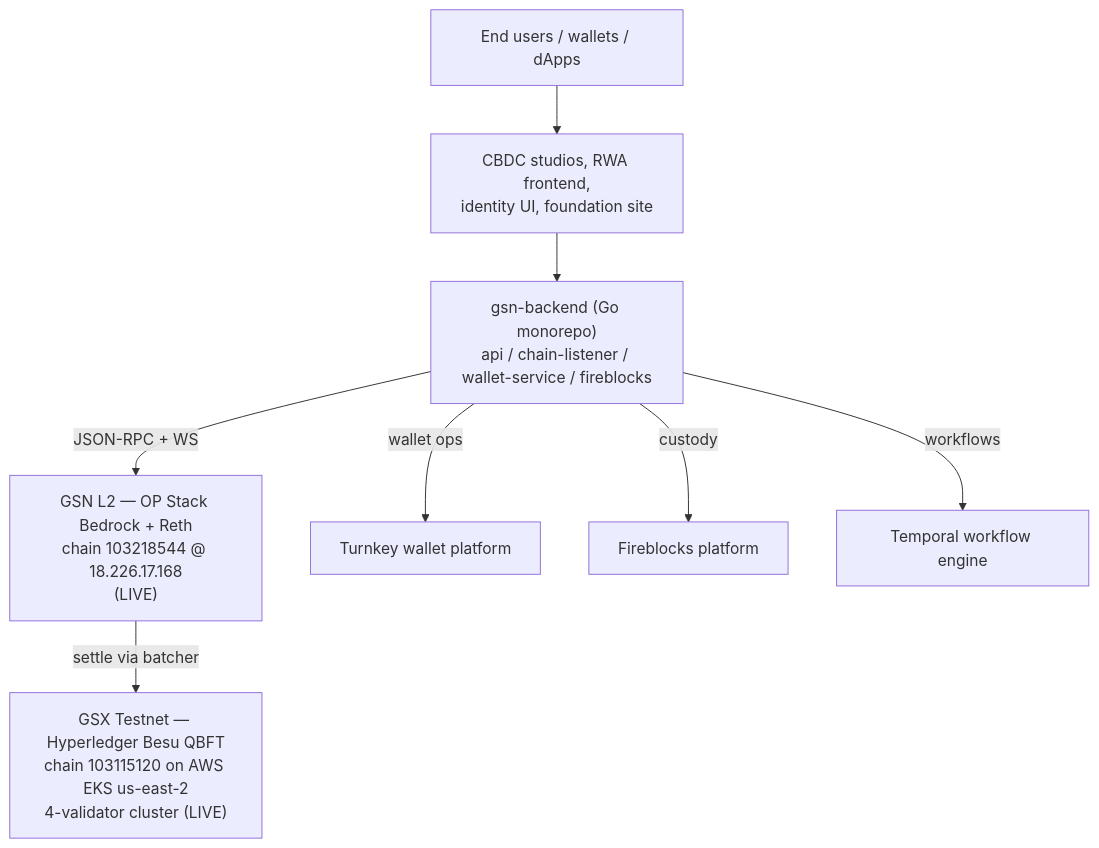
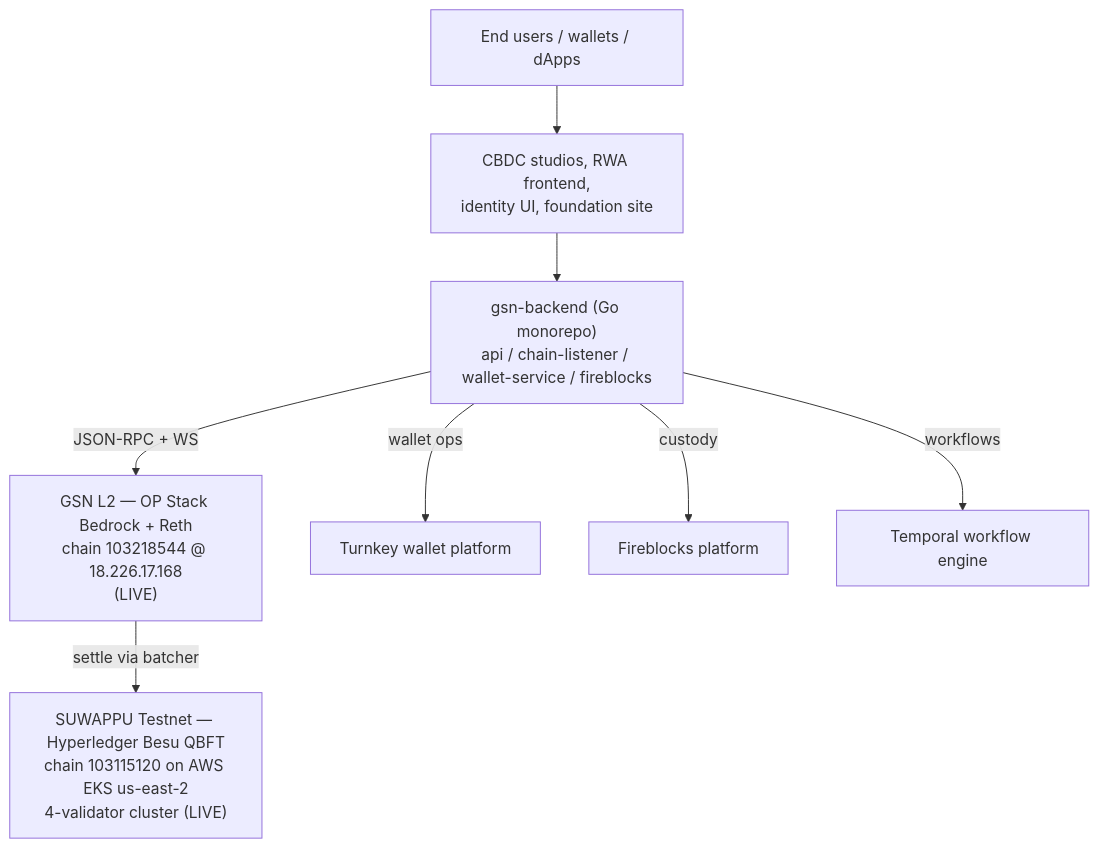
Before and after one commit to Suwappu-Labs/suwappu-db: the diagram in docs/ECOSYSTEM-AUDIT.md, drawn with Mermaid. The commit also changed other lines of this file and 248 other files, not shown here.

````diff
--- a/docs/ECOSYSTEM-AUDIT.md
+++ b/docs/ECOSYSTEM-AUDIT.md
@@ -103,18 +103,18 @@
 ```mermaid
 flowchart TB
     Users[End users / wallets / dApps]
     Frontend[CBDC studios, RWA frontend,<br/>identity UI, foundation site]
     GsnBackend["gsn-backend (Go monorepo)<br/>api / chain-listener / wallet-service / fireblocks"]
     OpRollup["GSN L2 — OP Stack Bedrock + Reth<br/>chain 103218544 @ 18.226.17.168<br/>(LIVE)"]
-    Besu["GSX Testnet — Hyperledger Besu QBFT<br/>chain 103115120 on AWS EKS us-east-2<br/>4-validator cluster (LIVE)"]
+    Besu["SUWAPPU Testnet — Hyperledger Besu QBFT<br/>chain 103115120 on AWS EKS us-east-2<br/>4-validator cluster (LIVE)"]
     Turnkey[Turnkey wallet platform]
     Fireblocks[Fireblocks platform]
     Temporal[Temporal workflow engine]
 
     Users --> Frontend --> GsnBackend
     GsnBackend -->|JSON-RPC + WS| OpRollup
     OpRollup -->|settle via batcher| Besu
     GsnBackend -->|wallet ops| Turnkey
     GsnBackend -->|custody| Fireblocks
     GsnBackend -->|workflows| Temporal
 ```
````
